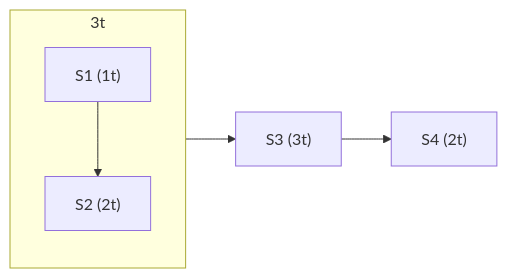
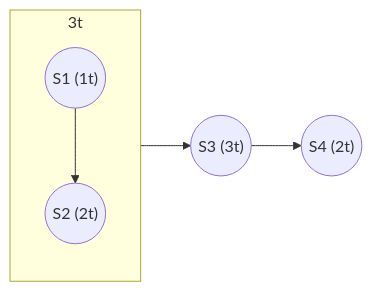
Before and after one commit to SuperSamus/appunti-universitari: the first of 2 diagrams in Architettura e sistemi operativi/Parallelismo.md, drawn with Mermaid. The commit also changed other lines of this file, not shown here.

````diff
--- a/Architettura e sistemi operativi/Parallelismo.md
+++ b/Architettura e sistemi operativi/Parallelismo.md
@@ -76,7 +79,7 @@
 ```mermaid
 flowchart LR
 subgraph 3t
-S1["S1 (1t)"] --> S2["S2 (2t)"]
+S1(("S1 (1t)")) --> S2(("S2 (2t)"))
 end
-3t --> S3["S3 (3t)"] --> S4["S4 (2t)"]
+3t --> S3(("S3 (3t)")) --> S4(("S4 (2t)"))
 ```
````
